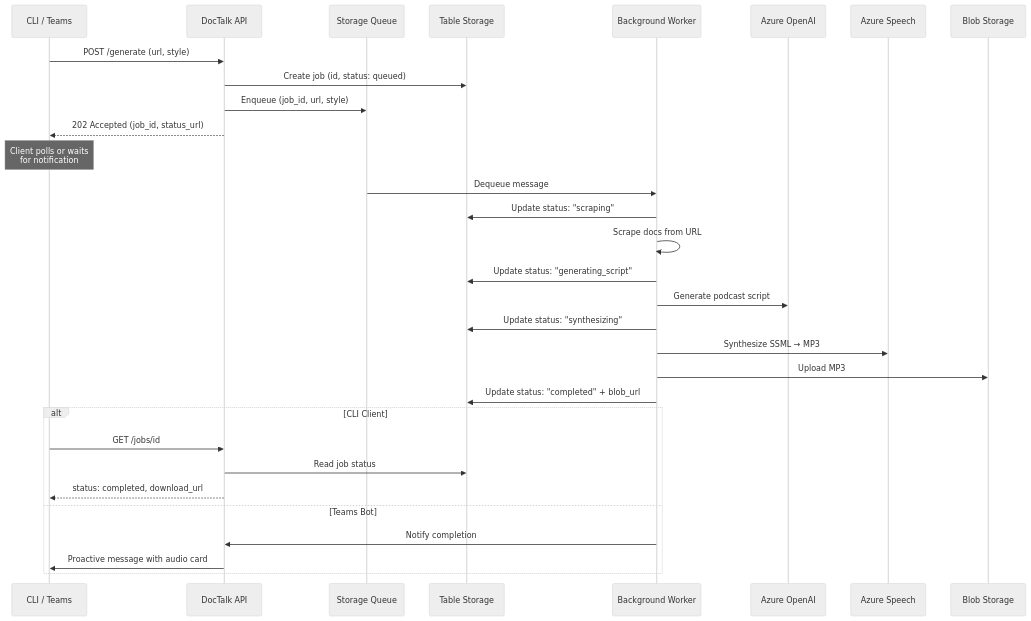
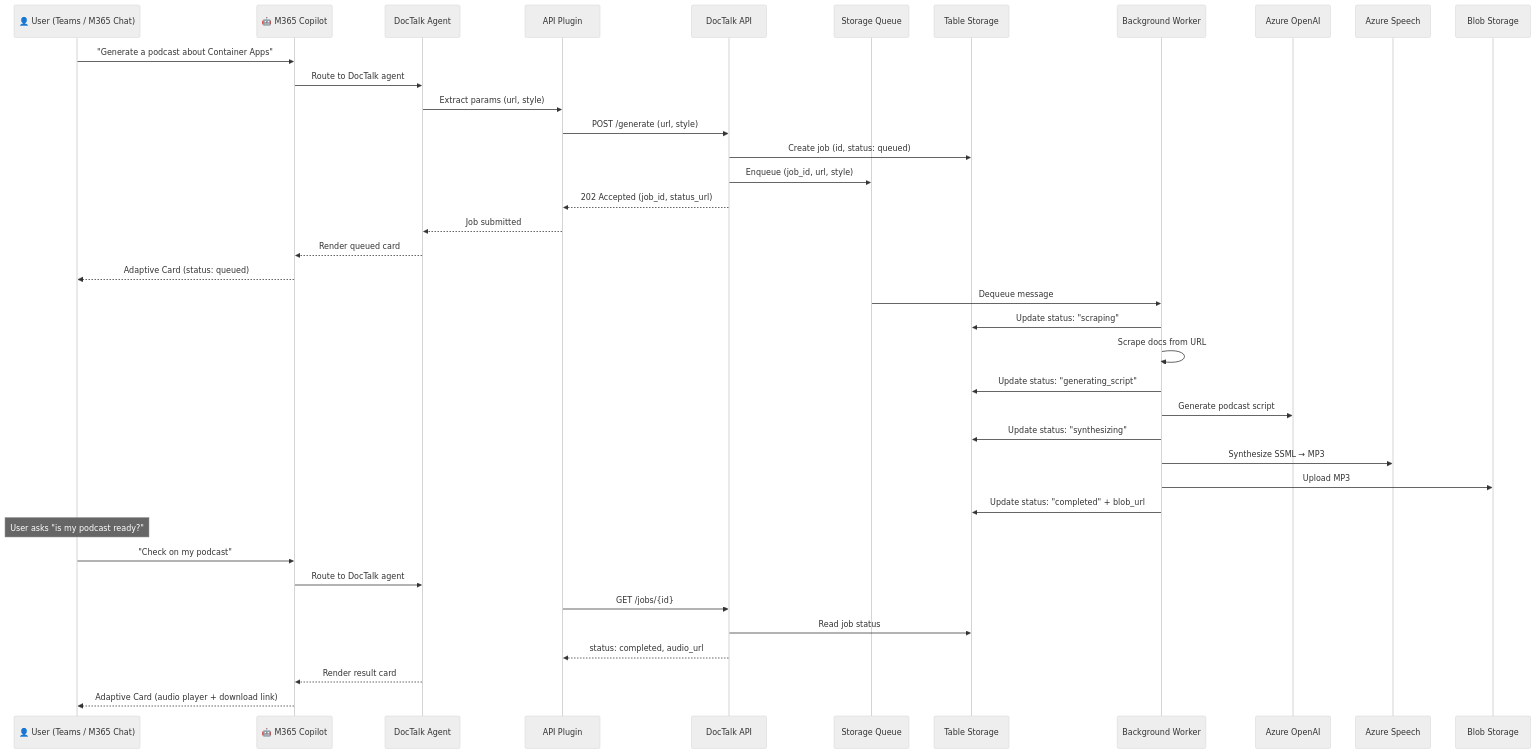
The second of 4 diagrams in ARCHITECTURE.md (rjayapra/DocTalk), drawn with Mermaid (neutral theme) before and after one commit. The commit also changed other lines of this file, not shown here.

First line of the commit message:
docs: update ARCHITECTURE.md with M365 Copilot agent architecture

````diff
--- a/ARCHITECTURE.md
+++ b/ARCHITECTURE.md
@@ -77,37 +87,44 @@
 ```mermaid
 sequenceDiagram
-    participant Client as CLI / Teams
+    participant User as 👤 User (Teams / M365 Chat)
+    participant Copilot as 🤖 M365 Copilot
+    participant Agent as DocTalk Agent
+    participant Plugin as API Plugin
     participant API as DocTalk API
     participant Queue as Storage Queue
     participant Table as Table Storage
     participant Worker as Background Worker
     participant OAI as Azure OpenAI
     participant Speech as Azure Speech
     participant Blob as Blob Storage
 
-    Client->>API: POST /generate (url, style)
+    User->>Copilot: "Generate a podcast about Container Apps"
+    Copilot->>Agent: Route to DocTalk agent
+    Agent->>Plugin: Extract params (url, style)
+    Plugin->>API: POST /generate (url, style)
     API->>Table: Create job (id, status: queued)
     API->>Queue: Enqueue (job_id, url, style)
-    API-->>Client: 202 Accepted (job_id, status_url)
-
-    Note over Client: Client polls or waits<br/>for notification
+    API-->>Plugin: 202 Accepted (job_id, status_url)
+    Plugin-->>Agent: Job submitted
+    Agent-->>Copilot: Render queued card
+    Copilot-->>User: Adaptive Card (status: queued)
 
     Queue->>Worker: Dequeue message
     Worker->>Table: Update status: "scraping"
     Worker->>Worker: Scrape docs from URL
     Worker->>Table: Update status: "generating_script"
     Worker->>OAI: Generate podcast script
     Worker->>Table: Update status: "synthesizing"
     Worker->>Speech: Synthesize SSML → MP3
     Worker->>Blob: Upload MP3
     Worker->>Table: Update status: "completed" + blob_url
 
-    alt CLI Client
-        Client->>API: GET /jobs/id
-        API->>Table: Read job status
-        API-->>Client: status: completed, download_url
-    else Teams Bot
-        Worker->>API: Notify completion
-        API->>Client: Proactive message with audio card
-    end
+    Note over User: User asks "is my podcast ready?"
+    User->>Copilot: "Check on my podcast"
+    Copilot->>Agent: Route to DocTalk agent
+    Plugin->>API: GET /jobs/{id}
+    API->>Table: Read job status
+    API-->>Plugin: status: completed, audio_url
+    Agent-->>Copilot: Render result card
+    Copilot-->>User: Adaptive Card (audio player + download link)
 ```
````
